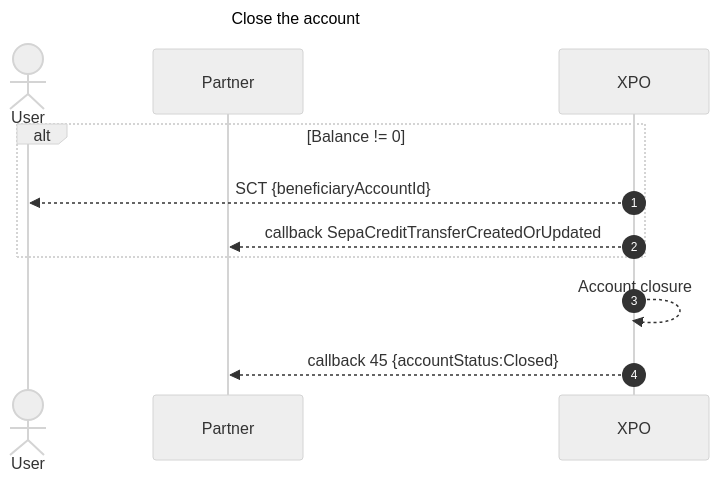
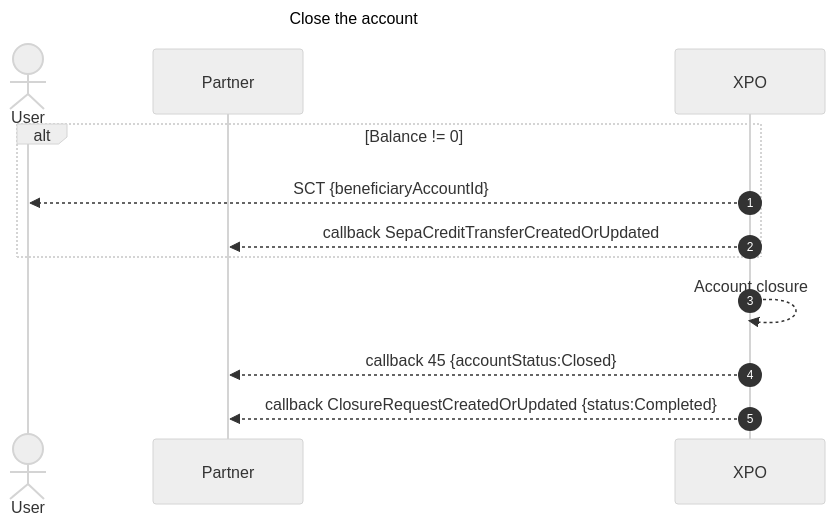
The third of 5 diagrams in docs/usecases/accounts/AccountClosure-v2.md (pomme-clic/s-money-documentation), drawn with Mermaid (neutral theme) before and after one commit. The commit also changed other lines of this file, not shown here.

````diff
--- a/docs/usecases/accounts/AccountClosure-v2.md
+++ b/docs/usecases/accounts/AccountClosure-v2.md
@@ -110,17 +97,17 @@
 ```mermaid
 sequenceDiagram
 Title: Close the account
 autoNumber
 Actor User
 Participant Partner
 Participant XPO
 
 alt Balance != 0
 	XPO -->> User: SCT {beneficiaryAccountId}
 	XPO -->> Partner: callback SepaCreditTransferCreatedOrUpdated
 end
 XPO -->> XPO: Account closure
 XPO -->> Partner: callback 45 {accountStatus:Closed}
-
+XPO -->> Partner: callback ClosureRequestCreatedOrUpdated {status:Completed}
 
 ```
````
